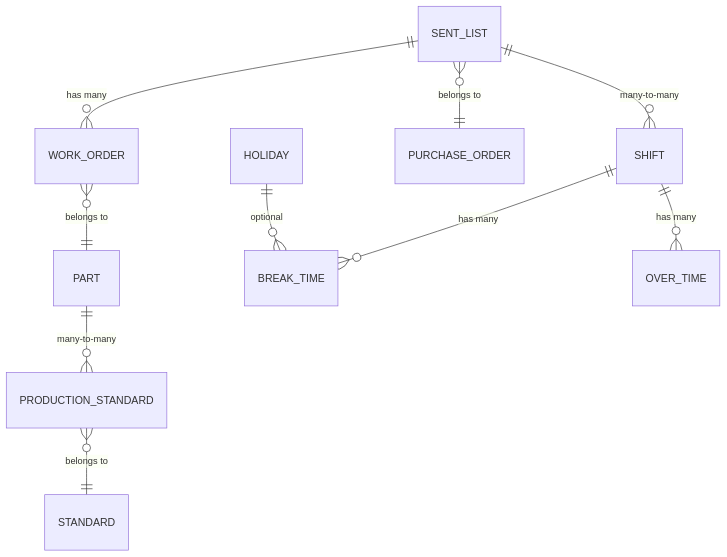
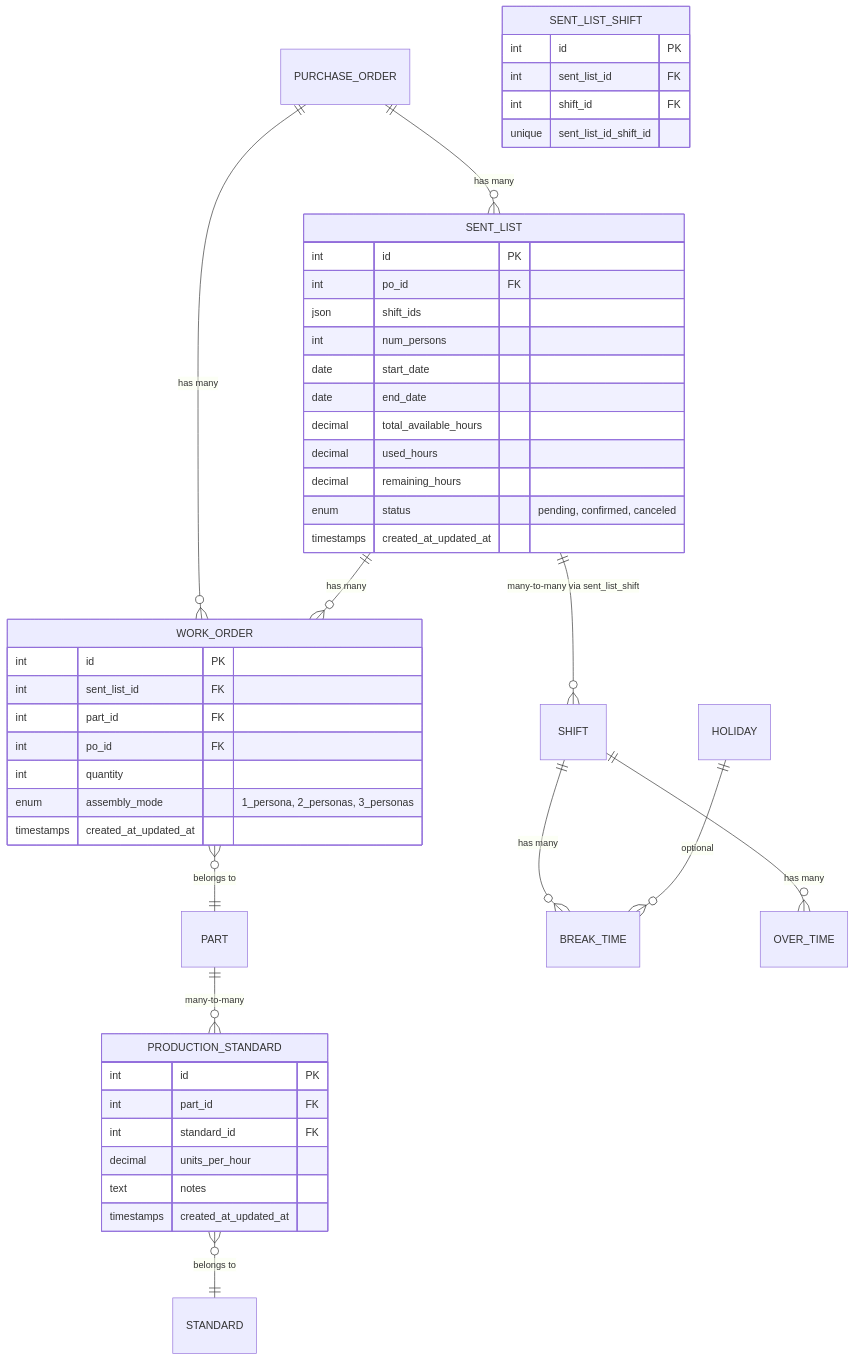
One commit to laravel/livewire-starter-kit changed the third of 3 diagrams in Diagramas_flujo/Estructura/specs/09_production_capacity_calculator_implementation_analysis.md. Above: the diagram before and after it, drawn with Mermaid. The commit also changed other lines of this file and 27 other files, not shown here.

````diff
--- a/Diagramas_flujo/Estructura/specs/09_production_capacity_calculator_implementation_analysis.md
+++ b/Diagramas_flujo/Estructura/specs/09_production_capacity_calculator_implementation_analysis.md
@@ -586,12 +783,58 @@
 ```mermaid
 erDiagram
+    PURCHASE_ORDER ||--o{ SENT_LIST : "has many"
+    PURCHASE_ORDER ||--o{ WORK_ORDER : "has many"
+
     SENT_LIST ||--o{ WORK_ORDER : "has many"
-    SENT_LIST ||--o{ SHIFT : "many-to-many"
-    SENT_LIST }o--|| PURCHASE_ORDER : "belongs to"
+    SENT_LIST ||--o{ SHIFT : "many-to-many via sent_list_shift"
+
     WORK_ORDER }o--|| PART : "belongs to"
+
     PART ||--o{ PRODUCTION_STANDARD : "many-to-many"
     PRODUCTION_STANDARD }o--|| STANDARD : "belongs to"
+
     SHIFT ||--o{ BREAK_TIME : "has many"
     SHIFT ||--o{ OVER_TIME : "has many"
+
     HOLIDAY ||--o{ BREAK_TIME : "optional"
+
+    SENT_LIST {
+        int id PK
+        int po_id FK
+        json shift_ids
+        int num_persons
+        date start_date
+        date end_date
+        decimal total_available_hours
+        decimal used_hours
+        decimal remaining_hours
+        enum status "pending, confirmed, canceled"
+        timestamps created_at_updated_at
+    }
+
+    WORK_ORDER {
+        int id PK
+        int sent_list_id FK
+        int part_id FK
+        int po_id FK
+        int quantity
+        enum assembly_mode "1_persona, 2_personas, 3_personas"
+        timestamps created_at_updated_at
+    }
+
+    PRODUCTION_STANDARD {
+        int id PK
+        int part_id FK
+        int standard_id FK
+        decimal units_per_hour
+        text notes
+        timestamps created_at_updated_at
+    }
+
+    SENT_LIST_SHIFT {
+        int id PK
+        int sent_list_id FK
+        int shift_id FK
+        unique sent_list_id_shift_id
+    }
 ```
````
